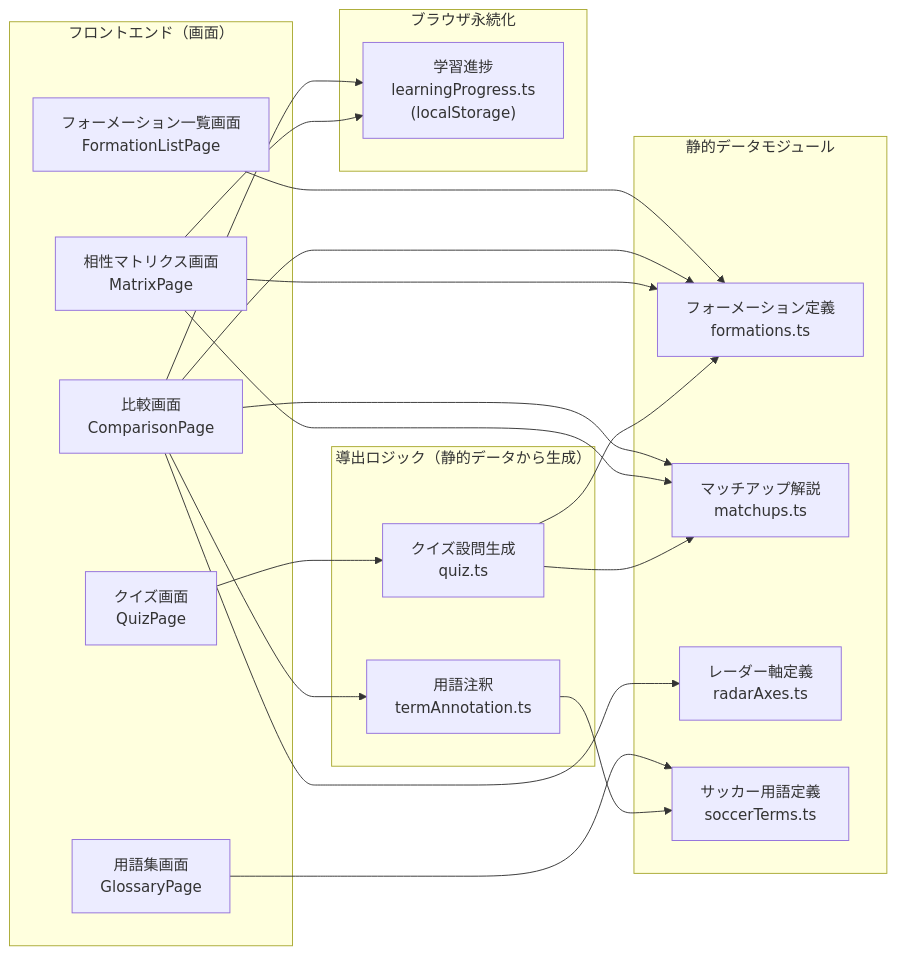
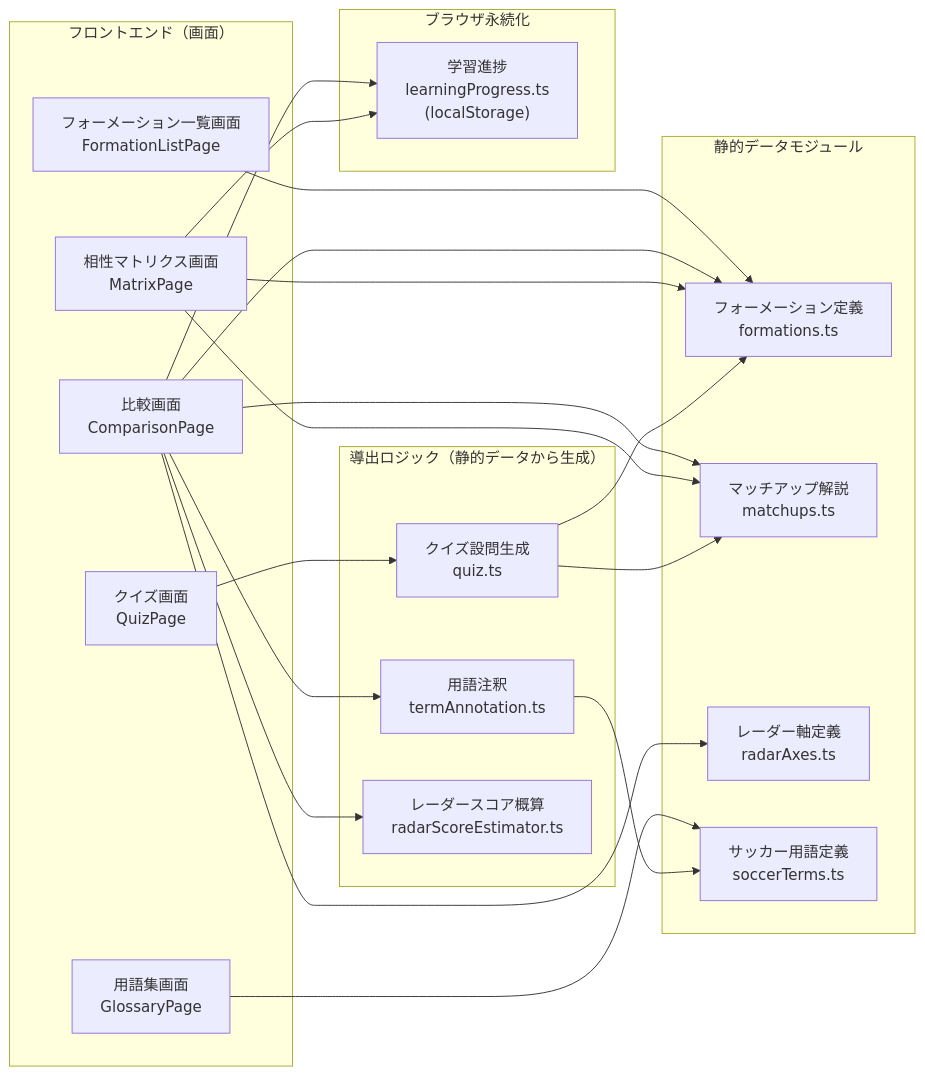
Before and after one commit to n-yata/soccer-sim: the fourth of 4 diagrams in docs/specs/1_requirements/functional-overview.md, drawn with Mermaid. The commit also changed other lines of this file and 17 other files, not shown here.

````diff
--- a/docs/specs/1_requirements/functional-overview.md
+++ b/docs/specs/1_requirements/functional-overview.md
@@ -300,38 +302,40 @@
 ```mermaid
 flowchart LR
     subgraph FE["フロントエンド（画面）"]
       S1["フォーメーション一覧画面<br/>FormationListPage"]
       S2["比較画面<br/>ComparisonPage"]
       S3["相性マトリクス画面<br/>MatrixPage"]
       S4["用語集画面<br/>GlossaryPage"]
       S5["クイズ画面<br/>QuizPage"]
     end
     subgraph DATA["静的データモジュール"]
       D1["フォーメーション定義<br/>formations.ts"]
       D2["マッチアップ解説<br/>matchups.ts"]
       D3["レーダー軸定義<br/>radarAxes.ts"]
       D4["サッカー用語定義<br/>soccerTerms.ts"]
     end
     subgraph DERIVED["導出ロジック（静的データから生成）"]
       L1["用語注釈<br/>termAnnotation.ts"]
       L2["クイズ設問生成<br/>quiz.ts"]
+      L3["レーダースコア概算<br/>radarScoreEstimator.ts"]
     end
     subgraph STORAGE["ブラウザ永続化"]
       P1["学習進捗<br/>learningProgress.ts<br/>(localStorage)"]
     end
 
     S1 --> D1
     S2 --> D1
     S2 --> D2
     S2 --> D3
     S2 --> L1
+    S2 --> L3
     S2 --> P1
     S3 --> D1
     S3 --> D2
     S3 --> P1
     S4 --> D4
     S5 --> L2
     L1 --> D4
     L2 --> D1
     L2 --> D2
 ```
````
